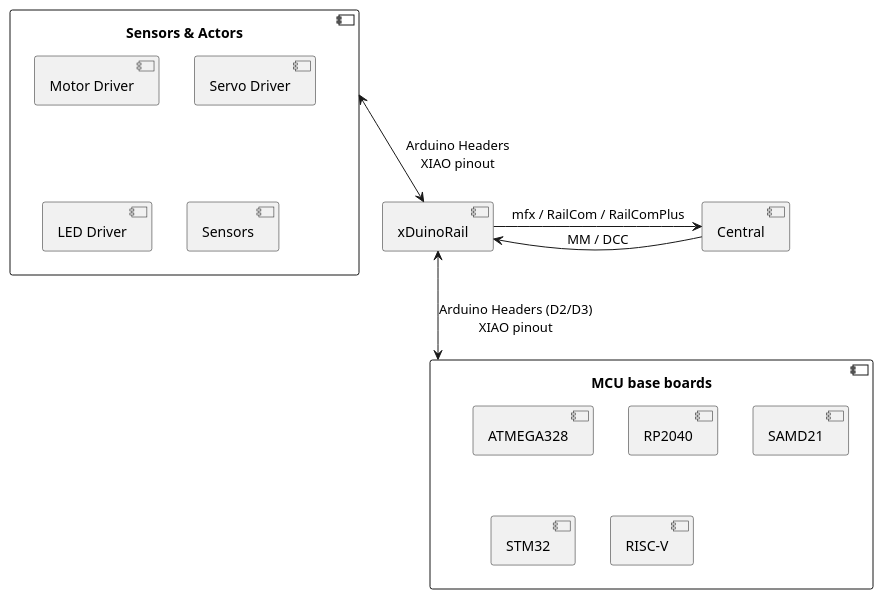
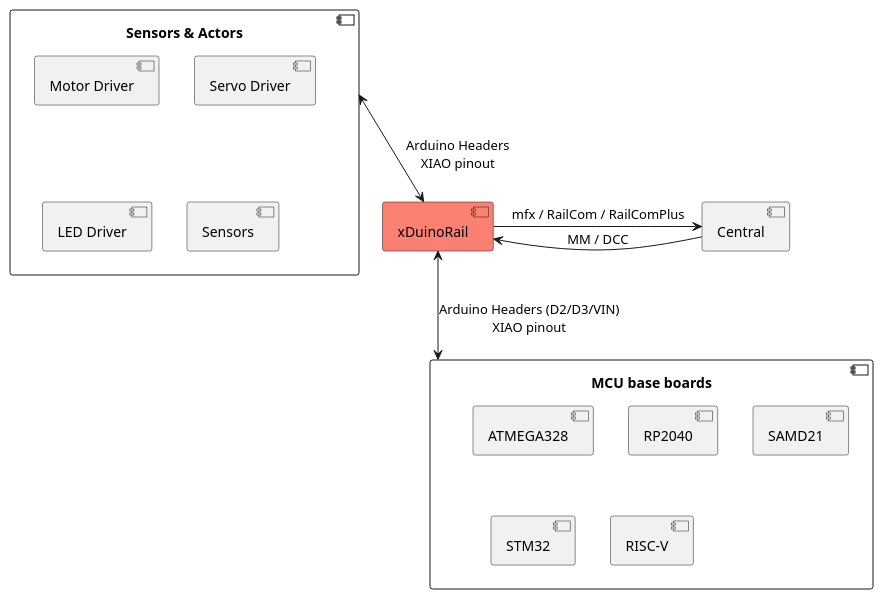
One commit to chatelao/xDuinoRail-Decoder changed the diagram in overview.puml. Above: the diagram before and after it, drawn with PlantUML.

```diff
--- a/overview.puml
+++ b/overview.puml
@@ -1,32 +1,32 @@
 @startuml
 
 component "Central" as Central
 
-component "xDuinoRail" as Decoder
+component "xDuinoRail" as Decoder#Salmon
 
 Decoder <- Central : MM / DCC
 Central <- Decoder : mfx / RailCom / RailComPlus
 
 
 component "MCU base boards" as MCU {
 
 component ATMEGA328
 component RP2040
 component SAMD21
 component STM32
 component "RISC-V"
 
 }
-Decoder <--> MCU : "Arduino Headers (D2/D3)\nXIAO pinout"
+Decoder <--> MCU : "Arduino Headers (D2/D3/VIN)\nXIAO pinout"
 
 component "Sensors & Actors" as SENS {
 
 component "Motor Driver"
 component "Servo Driver"
 component "LED Driver"
 component "Sensors"
 
 }
 SENS <--> Decoder : "Arduino Headers\nXIAO pinout"
 
 @enduml
```
